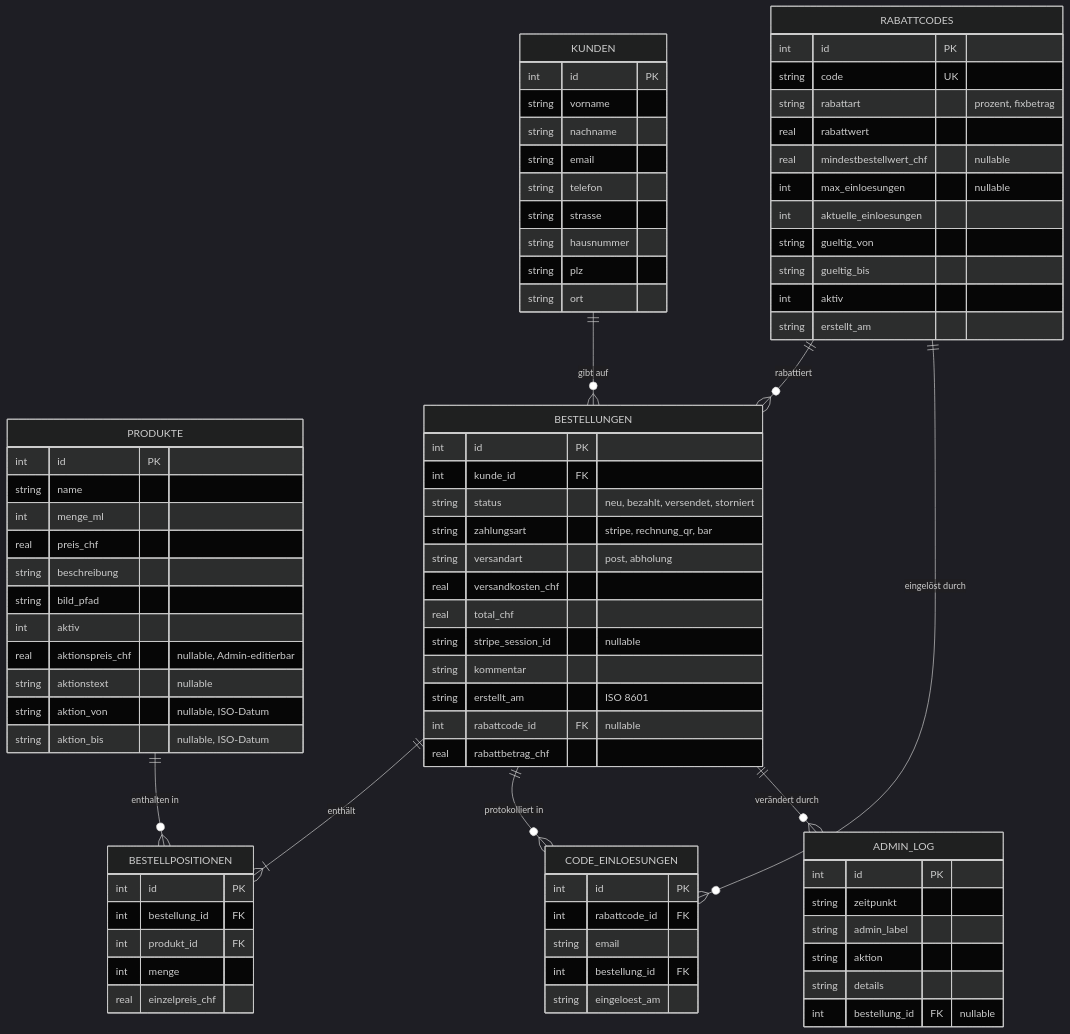
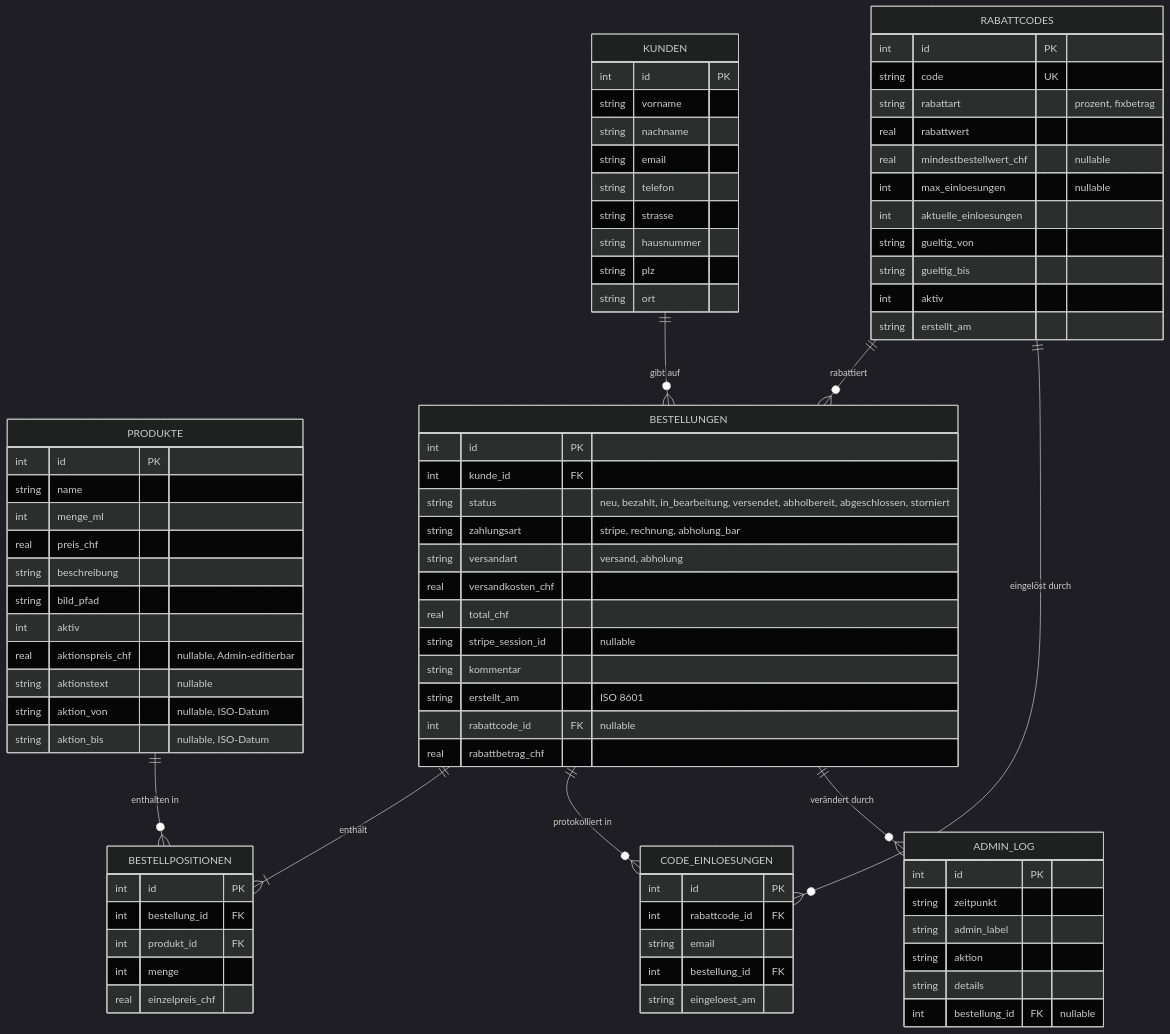
The diagram in docs/datenbankschema.md (konstantinniedermann/olivalle-webshop), drawn with Mermaid (dark theme) before and after one commit. The commit also changed 2 other files, not shown here.

Commit message:
docs: Code-Review-Fixes — Enum-Werte korrigieren, Site-Link + Paketbaum ergänzen
- datenbankschema: status/zahlungsart/versandart auf echte Code-Werte
- adr-backup-strategie: Spec-Link auf GitHub-URL (Site-Exclude)
- arc42: labels.py + client_ip.py im Paketbaum

```diff
--- a/docs/datenbankschema.md
+++ b/docs/datenbankschema.md
@@ -37,9 +37,9 @@
     BESTELLUNGEN {
         int id PK
         int kunde_id FK
-        string status "neu, bezahlt, versendet, storniert"
-        string zahlungsart "stripe, rechnung_qr, bar"
-        string versandart "post, abholung"
+        string status "neu, bezahlt, in_bearbeitung, versendet, abholbereit, abgeschlossen, storniert"
+        string zahlungsart "stripe, rechnung, abholung_bar"
+        string versandart "versand, abholung"
         real versandkosten_chf
         real total_chf
         string stripe_session_id "nullable"
```
